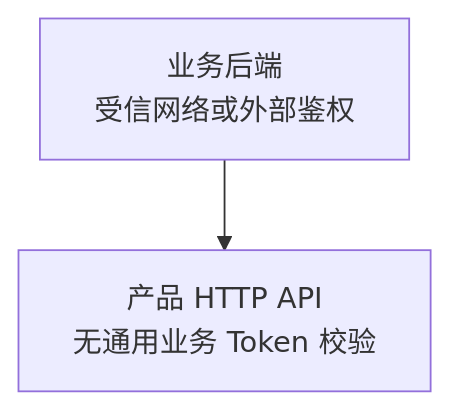
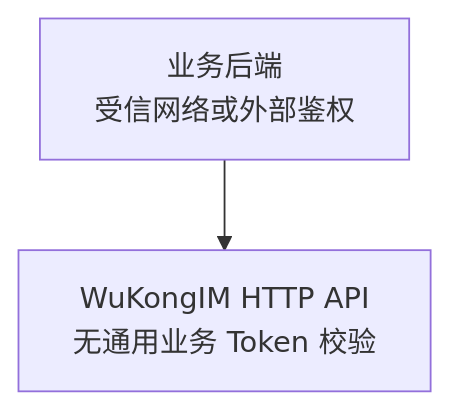
One commit to WuKongIM/WuKongIM changed the third of 3 diagrams in docs-site/content/docs/server/configuration/security.mdx. Above: the diagram before and after it, drawn with Mermaid. The commit also changed other lines of this file and 166 other files, not shown here.

Commit message:
docs: refresh README visuals and clarify WuKongIM HTTP API

````diff
--- a/docs-site/content/docs/server/configuration/security.mdx
+++ b/docs-site/content/docs/server/configuration/security.mdx
@@ -88,4 +88,4 @@
 ```mermaid
 flowchart TD
-  backend["业务后端<br/>受信网络或外部鉴权"] --> api["产品 HTTP API<br/>无通用业务 Token 校验"]
+  backend["业务后端<br/>受信网络或外部鉴权"] --> api["WuKongIM HTTP API<br/>无通用业务 Token 校验"]
 ```
````
